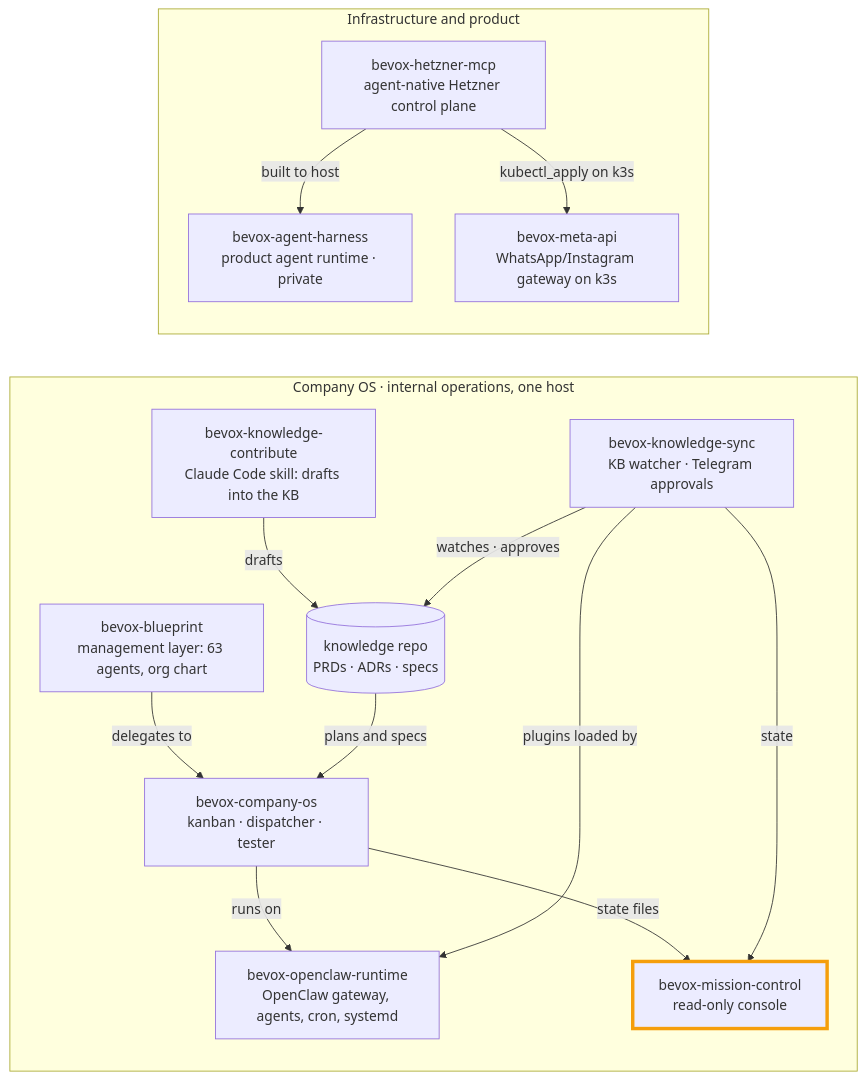
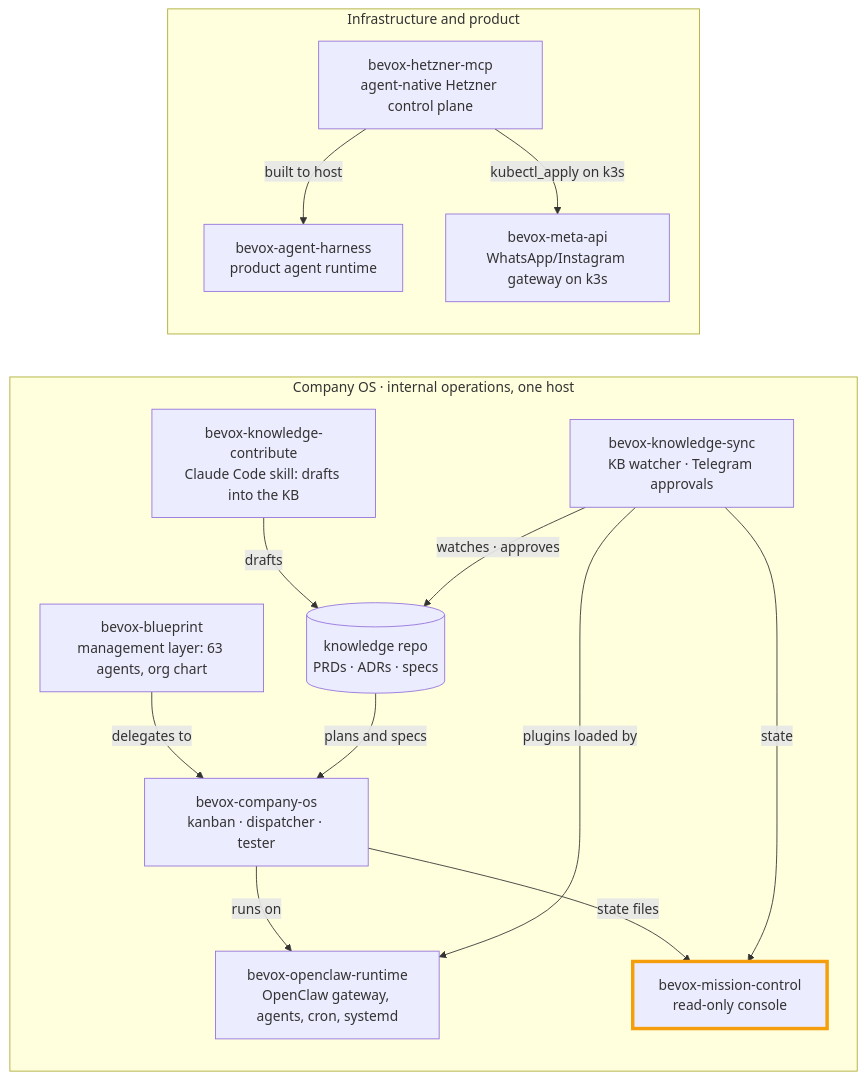
One commit to bernardTavares/bevox-mission-control changed the diagram in README.md. Above: the diagram before and after it, drawn with Mermaid. The commit also changed other lines of this file, not shown here.

Commit message:
docs: link bevox-agent-harness (now public) in the repo map
Claude-Session: https://claude.ai/code/session_01Qj817cr8c8u4ecWaCmkuX1

````diff
--- a/README.md
+++ b/README.md
@@ -64,31 +64,31 @@
 ```mermaid
 flowchart LR
   subgraph OPS["Company OS · internal operations, one host"]
     direction TB
     BP["bevox-blueprint<br/>management layer: 63 agents, org chart"]
     RT["bevox-openclaw-runtime<br/>OpenClaw gateway, agents, cron, systemd"]
     COS["bevox-company-os<br/>kanban · dispatcher · tester"]
     MC["bevox-mission-control<br/>read-only console"]
     KS["bevox-knowledge-sync<br/>KB watcher · Telegram approvals"]
     KC["bevox-knowledge-contribute<br/>Claude Code skill: drafts into the KB"]
     KB[("knowledge repo<br/>PRDs · ADRs · specs")]
   end
   subgraph INFRA["Infrastructure and product"]
     direction TB
     HZ["bevox-hetzner-mcp<br/>agent-native Hetzner control plane"]
-    H["bevox-agent-harness<br/>product agent runtime · private"]
+    H["bevox-agent-harness<br/>product agent runtime"]
     MA["bevox-meta-api<br/>WhatsApp/Instagram gateway on k3s"]
   end
   BP -->|delegates to| COS
   COS -->|runs on| RT
   KS -->|plugins loaded by| RT
   KC -->|drafts| KB
   KS -->|watches · approves| KB
   KB -->|plans and specs| COS
   COS -->|state files| MC
   KS -->|state| MC
   HZ -->|built to host| H
   HZ -->|kubectl_apply on k3s| MA
   classDef here stroke:#f59e0b,stroke-width:4px
   class MC here
 ```
````
